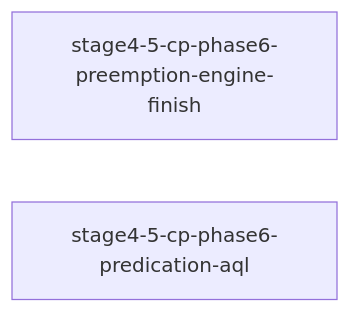
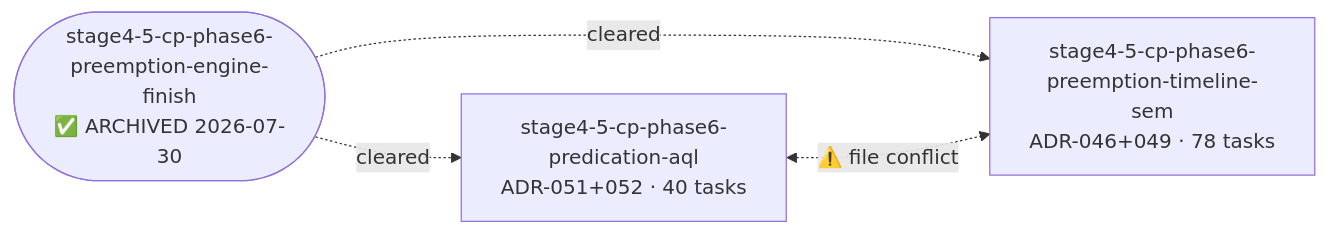
The diagram in .rddf/state/.deps-output.md (chisuhua/UsrLinuxEmu), drawn with Mermaid before and after one commit. The commit also changed other lines of this file and 3 other files, not shown here.

First line of the commit message:
chore(plan): plan-done for stage4-5 preemption-timeline-sem + predication-aql

````diff
--- a/.rddf/state/.deps-output.md
+++ b/.rddf/state/.deps-output.md
@@ -8,5 +8,10 @@
 ```mermaid
 flowchart LR
-    stage4-5-cp-phase6-preemption-engine-finish[stage4-5-cp-phase6-preemption-engine-finish]
-    stage4-5-cp-phase6-predication-aql[stage4-5-cp-phase6-predication-aql]
+    stage4-5-cp-phase6-predication-aql[stage4-5-cp-phase6-predication-aql<br/>ADR-051+052 · 40 tasks]
+    stage4-5-cp-phase6-preemption-timeline-sem[stage4-5-cp-phase6-preemption-timeline-sem<br/>ADR-046+049 · 78 tasks]
+    stage4-5-cp-phase6-preemption-engine-finish([stage4-5-cp-phase6-preemption-engine-finish<br/>✅ ARCHIVED 2026-07-30])
+
+    stage4-5-cp-phase6-preemption-engine-finish -.->|cleared| stage4-5-cp-phase6-predication-aql
+    stage4-5-cp-phase6-preemption-engine-finish -.->|cleared| stage4-5-cp-phase6-preemption-timeline-sem
+    stage4-5-cp-phase6-predication-aql <-.->|⚠️ file conflict| stage4-5-cp-phase6-preemption-timeline-sem
 ```
````
